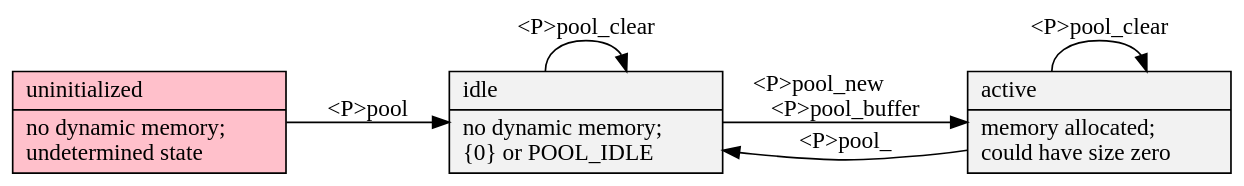
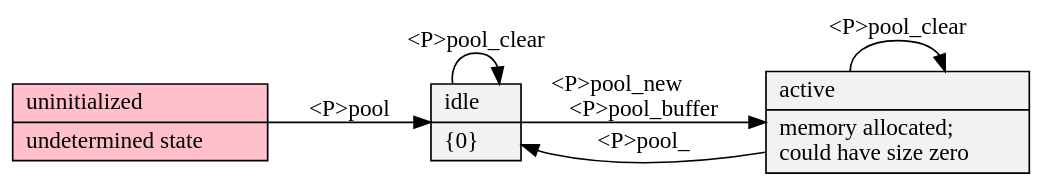
Before and after one commit to neil-edelman/boxes: the diagram in doc/pool/states.gv, drawn with Graphviz. The commit also changed 27 other files, not shown here.

```diff
--- a/doc/pool/states.gv
+++ b/doc/pool/states.gv
@@ -1,13 +1,13 @@
 digraph {
 	graph [rankdir=LR, truecolor=true, bgcolor=transparent, fontname="Bitstream Vera Sans"];
 	node [shape=record, style=filled, fillcolor="Grey95", fontname="Bitstream Vera Sans"];
 	edge [fontname="Bitstream Vera Sans"];
-	null [label = "uninitialized\l|no dynamic memory;\lundetermined state\l", fillcolor = pink];
-	static [ label = "idle\l|no dynamic memory;\l\{0\} or POOL_IDLE\l" ];
+	null [label = "uninitialized\l|undetermined state\l", fillcolor = pink];
+	static [ label = "idle\l|\{0\}\l" ];
 	dynamic [ label = "active\l|memory allocated;\lcould have size zero\l" ];
 	null -> static [ label = "<P>pool" ];
 	static -> dynamic [ label = "<P>pool_new\l<P>pool_buffer" ];
 	dynamic -> static [ label = "<P>pool_" ];
 	static -> static [label = "<P>pool_clear"]
 	dynamic -> dynamic [label = "<P>pool_clear"]
 }
```
